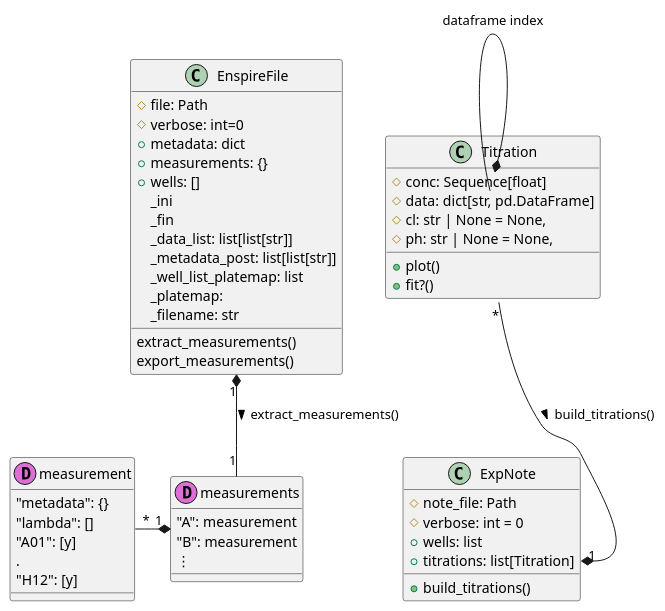
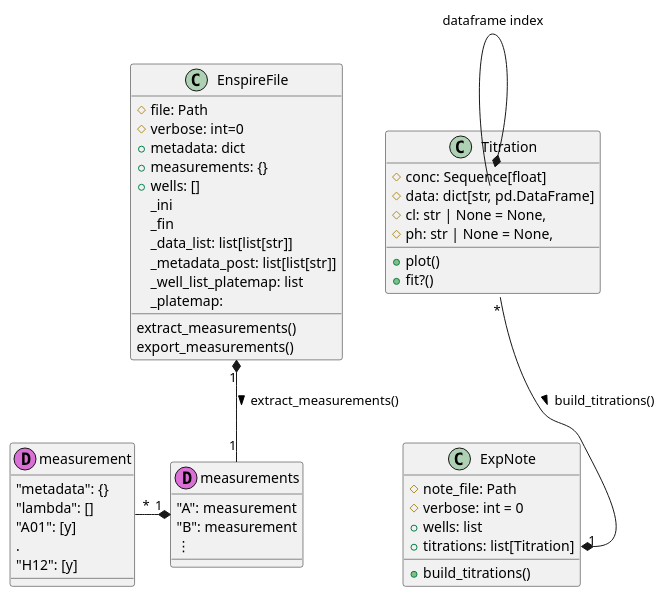
One commit to darosio/ClopHfit changed the diagram in docs/references/prenspire.uml.rst. Above: the diagram before and after it, drawn with PlantUML. The commit also changed 2 other files, not shown here.

Commit message:
fix: remove _filename

```diff
--- a/docs/references/prenspire.uml.rst
+++ b/docs/references/prenspire.uml.rst
@@ -1,55 +1,54 @@
 .. uml::
 
    class EnspireFile {
     #file: Path
     #verbose: int=0
     +metadata: dict
     +measurements: {}
     +wells: []
     _ini
     _fin
     _data_list: list[list[str]]
     _metadata_post: list[list[str]]
     _well_list_platemap: list
     _platemap:
-    _filename: str
     extract_measurements()
     export_measurements()
    }
 
 
    class ExpNote {
        #note_file: Path
        #verbose: int = 0
        +wells: list
        +titrations: list[Titration]
        +build_titrations()
    }
 
    class Titration {
     #conc: Sequence[float]
     #data: dict[str, pd.DataFrame]
     #cl: str | None = None,
     #ph: str | None = None,
     +plot()
     +fit?()
    }
 
    Titration::conc *-- Titration::data : dataframe index
    Titration "*" --* "1" ExpNote::titrations  : > build_titrations()
    EnspireFile "1" *-- "1" measurements : > extract_measurements()
    measurement "*" -* "1" measurements
 
    class measurements << (D,orchid) >> {
        "A": measurement
        "B": measurement
        ⋮
    }
 
    class measurement << (D,orchid) >> {
        "metadata": {}
        "lambda": []
        "A01": [y]
        .
        "H12": [y]
    }
```
